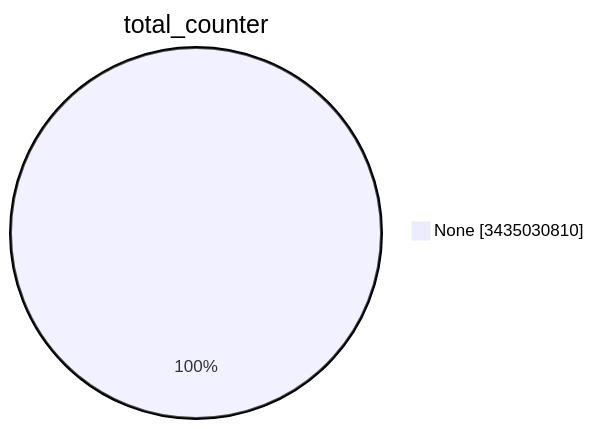
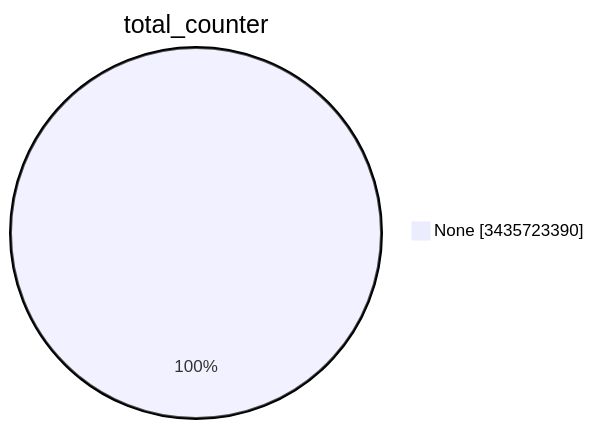
One commit to christiankrug/ctmonitor_visualization changed the first of 15 diagrams in TOTAL/README.md. Above: the diagram before and after it, drawn with Mermaid. The commit also changed other lines of this file, not shown here.

````diff
--- a/TOTAL/README.md
+++ b/TOTAL/README.md
@@ -1,5 +1,5 @@
 ```mermaid
 pie showData
 title total_counter
-"None" :3435030810
+"None" :3435723390
 ```
````
